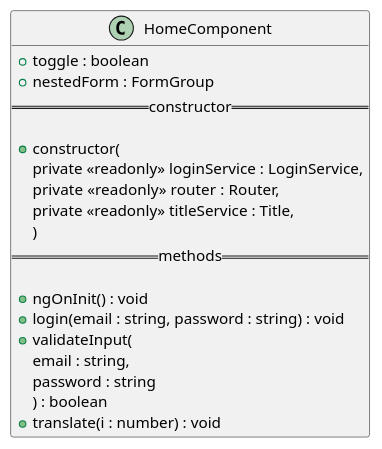
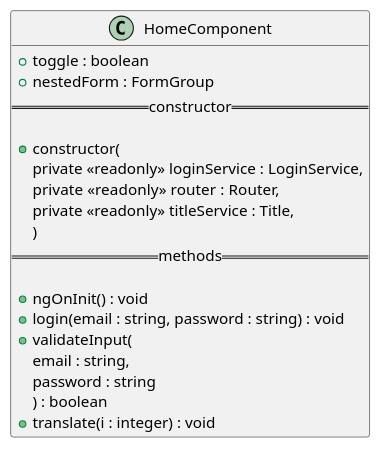
Before and after one commit to GruppOne/stalker-web-app: the diagram in docs/diagrams/view/routes/HomeComponent.pu, drawn with PlantUML. The commit also changed 22 other files, not shown here.

Commit message:
docs: improve class diagrams, add allegato tecnico structure

```diff
--- a/docs/diagrams/view/routes/HomeComponent.pu
+++ b/docs/diagrams/view/routes/HomeComponent.pu
@@ -1,22 +1,22 @@
 @startuml HomeComponent diagram
 class HomeComponent {
   + toggle : boolean
   + nestedForm : FormGroup
   ==constructor==
 
   + constructor(
     private <<readonly>> loginService : LoginService,
     private <<readonly>> router : Router,
     private <<readonly>> titleService : Title,
   )
   ==methods==
 
   + ngOnInit() : void
   + login(email : string, password : string) : void
   + validateInput(
     email : string,
     password : string
     ) : boolean
-  + translate(i : number) : void
+  + translate(i : integer) : void
 }
 @enduml
```
